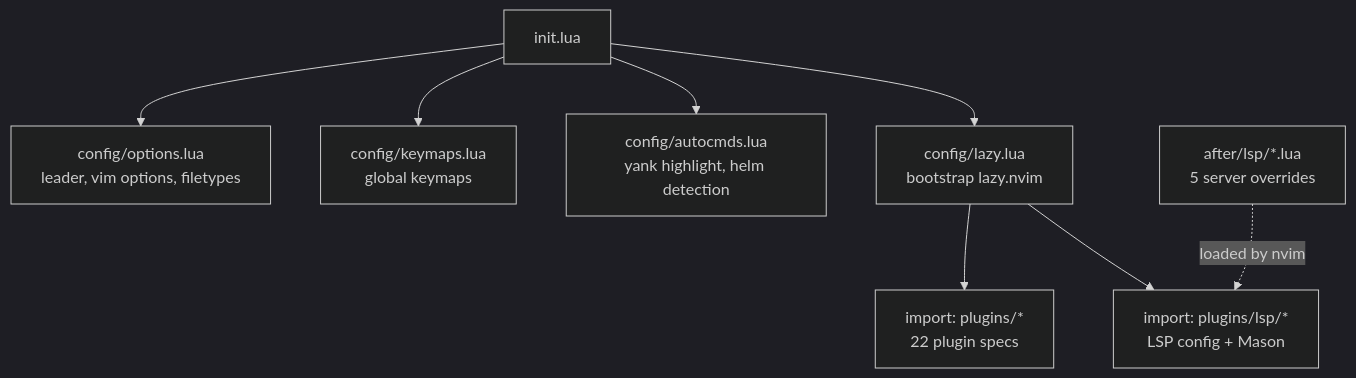
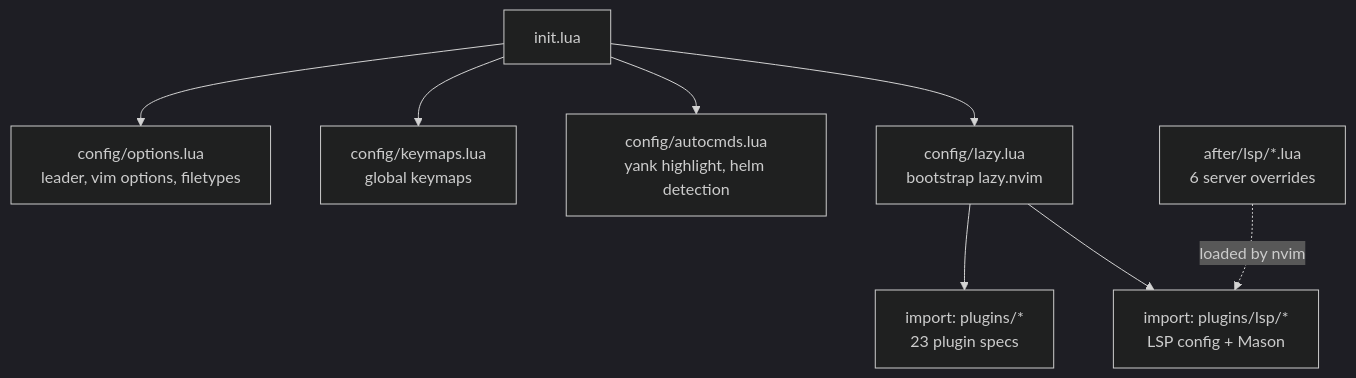
Before and after one commit to mbastakis/dotfiles: the first of 2 diagrams in docs/components/nvim.md, drawn with Mermaid (dark theme). The commit also changed other lines of this file and 4 other files, not shown here.

````diff
--- a/docs/components/nvim.md
+++ b/docs/components/nvim.md
@@ -9,10 +9,10 @@
 ```mermaid
 flowchart TD
   A[init.lua] --> B[config/options.lua<br/>leader, vim options, filetypes]
   A --> C[config/keymaps.lua<br/>global keymaps]
   A --> D[config/autocmds.lua<br/>yank highlight, helm detection]
   A --> E[config/lazy.lua<br/>bootstrap lazy.nvim]
-  E --> F["import: plugins/*<br/>22 plugin specs"]
+  E --> F["import: plugins/*<br/>23 plugin specs"]
   E --> G["import: plugins/lsp/*<br/>LSP config + Mason"]
-  H["after/lsp/*.lua<br/>5 server overrides"] -.->|loaded by nvim| G
+  H["after/lsp/*.lua<br/>6 server overrides"] -.->|loaded by nvim| G
 ```
````
